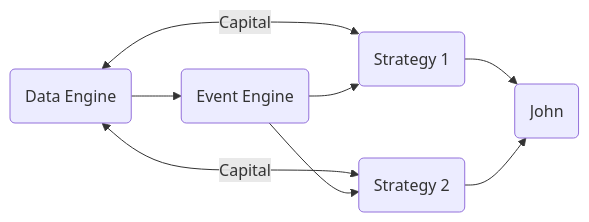
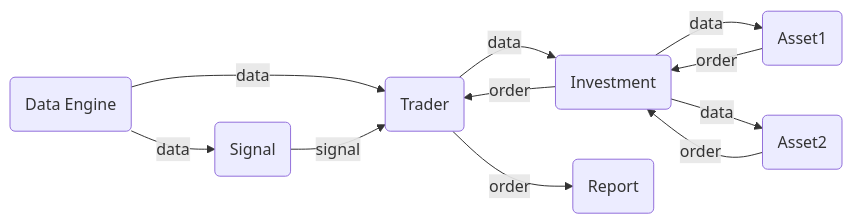
One commit to FrederichRiver/neutrino3 changed the second of 2 diagrams in doc/Note/Backtest_frame.md. Above: the diagram before and after it, drawn with Mermaid. The commit also changed 11 other files, not shown here.

````diff
--- a/doc/Note/Backtest_frame.md
+++ b/doc/Note/Backtest_frame.md
@@ -28,15 +28,20 @@
 ```mermaid
 flowchart LR
     D(Data Engine)
-    S1(Strategy 1)
-    S2(Strategy 2)
-    Trader(John)
-    D<-->|Capital|S1
-    D<-->|Capital|S2
-    S1-->Trader
-    S2-->Trader
-    E(Event Engine)
-    E-->S1
-    E-->S2
-    D-->E
+    T(Trader)
+    Sig(Signal)
+    I(Investment)
+    A1(Asset1)
+    A2(Asset2)
+    R(Report)
+    D-->|data|T
+    D-->|data|Sig
+    Sig-->|signal|T
+    T-->|data|I
+    I-->|data|A1
+    I-->|data|A2
+    A2-->|order|I
+    A1-->|order|I
+    I-->|order|T
+    T-->|order|R
 ```
````
